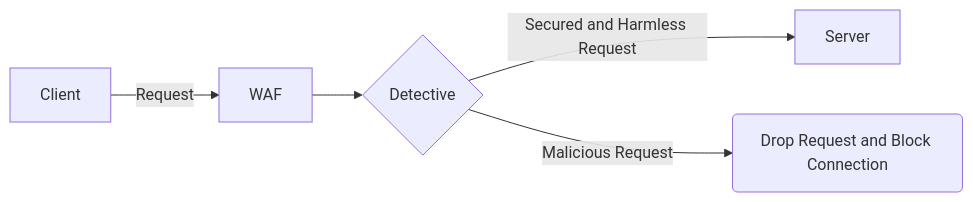
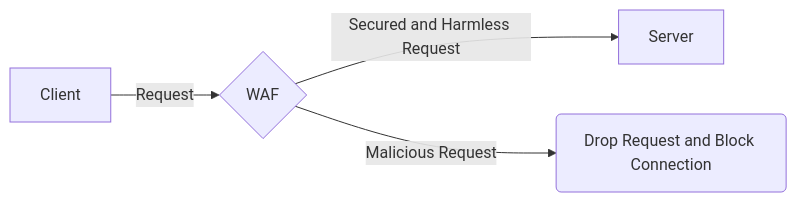
Before and after one commit to N-R-technologies/waf-waf: the diagram in README.md, drawn with Mermaid.

````diff
--- a/README.md
+++ b/README.md
@@ -24,8 +24,7 @@
 ```mermaid
 graph LR
 
-Client--Request-->WAF
-WAF-->D{Detective}
-D--Secured and Harmless Request-->Server
-D--Malicious Request-->D&B(Drop Request and Block Connection)
+Client--Request-->WAF{WAF}
+WAF--Secured and Harmless Request-->Server
+WAF--Malicious Request-->D&B(Drop Request and Block Connection)
 ```
````
